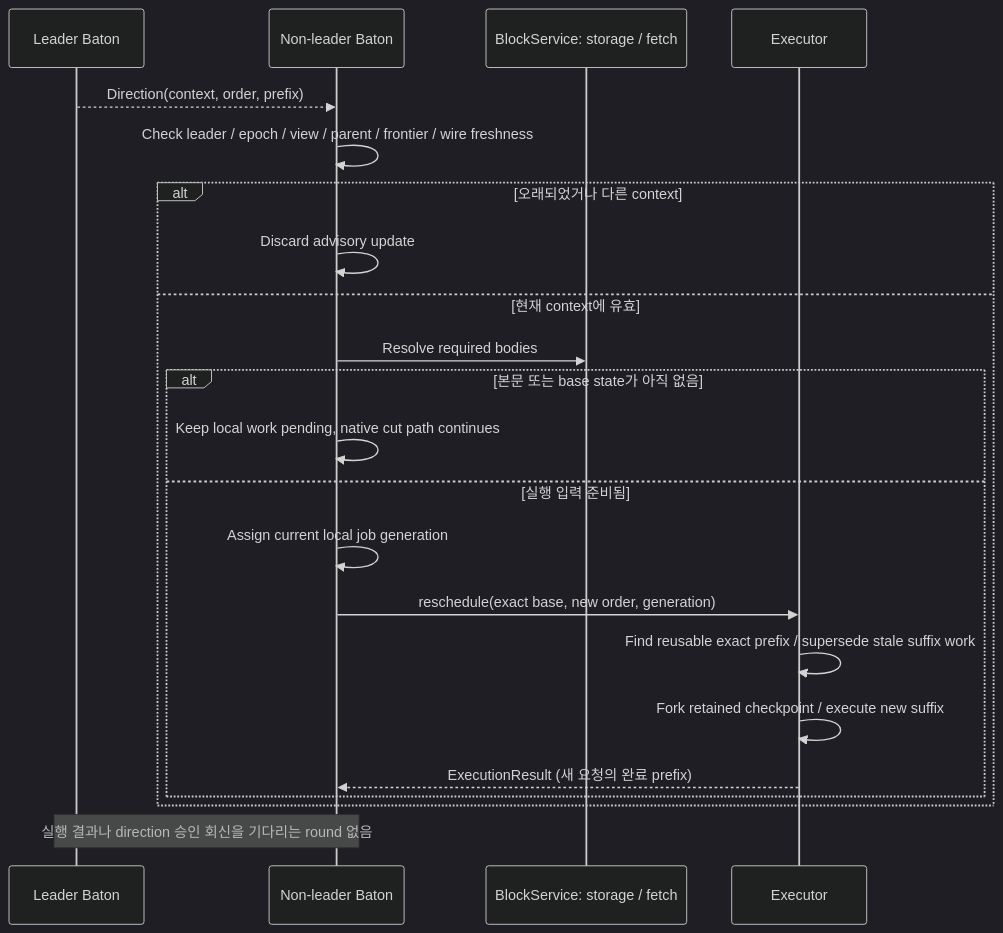
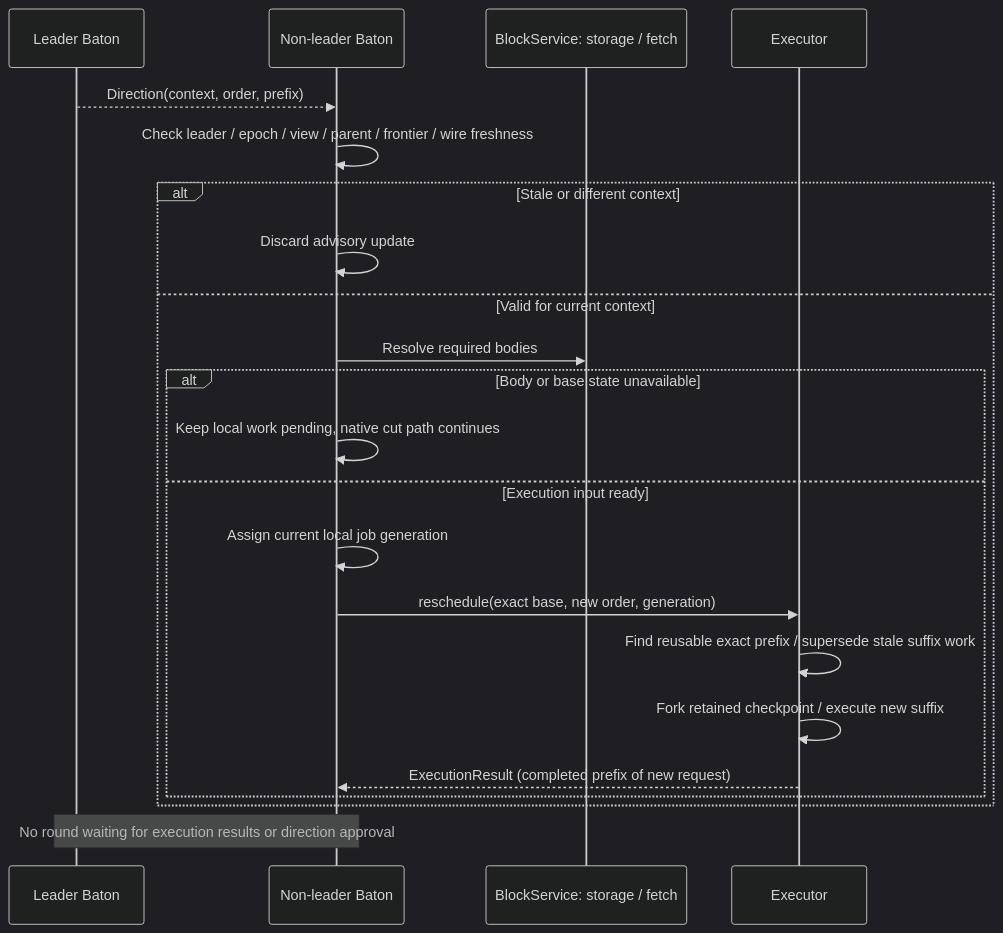
One commit to djm07073/baton-research changed the diagram in docs/e2e/reschedule.md. Above: the diagram before and after it, drawn with Mermaid (dark theme). The commit also changed other lines of this file and 99 other files, not shown here.

````diff
--- a/docs/e2e/reschedule.md
+++ b/docs/e2e/reschedule.md
@@ -7,24 +7,24 @@
 ```mermaid
 sequenceDiagram
     participant L as Leader Baton
     participant B as Non-leader Baton
     participant S as BlockService: storage / fetch
     participant E as Executor
     L-->>B: Direction(context, order, prefix)
     B->>B: Check leader / epoch / view / parent / frontier / wire freshness
-    alt 오래되었거나 다른 context
+    alt Stale or different context
         B->>B: Discard advisory update
-    else 현재 context에 유효
+    else Valid for current context
         B->>S: Resolve required bodies
-        alt 본문 또는 base state가 아직 없음
+        alt Body or base state unavailable
             B->>B: Keep local work pending, native cut path continues
-        else 실행 입력 준비됨
+        else Execution input ready
             B->>B: Assign current local job generation
             B->>E: reschedule(exact base, new order, generation)
             E->>E: Find reusable exact prefix / supersede stale suffix work
             E->>E: Fork retained checkpoint / execute new suffix
-            E-->>B: ExecutionResult (새 요청의 완료 prefix)
+            E-->>B: ExecutionResult (completed prefix of new request)
         end
     end
-    Note over L,B: 실행 결과나 direction 승인 회신을 기다리는 round 없음
+    Note over L,B: No round waiting for execution results or direction approval
 ```
````
